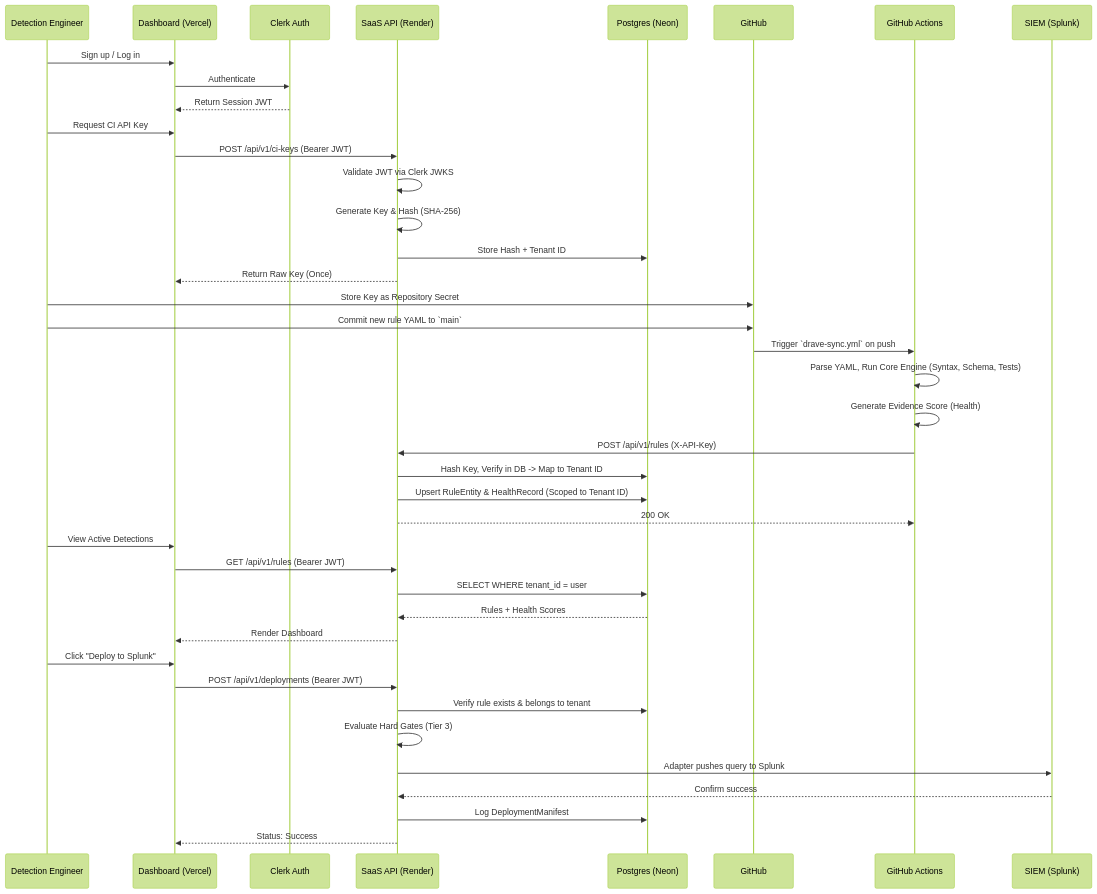
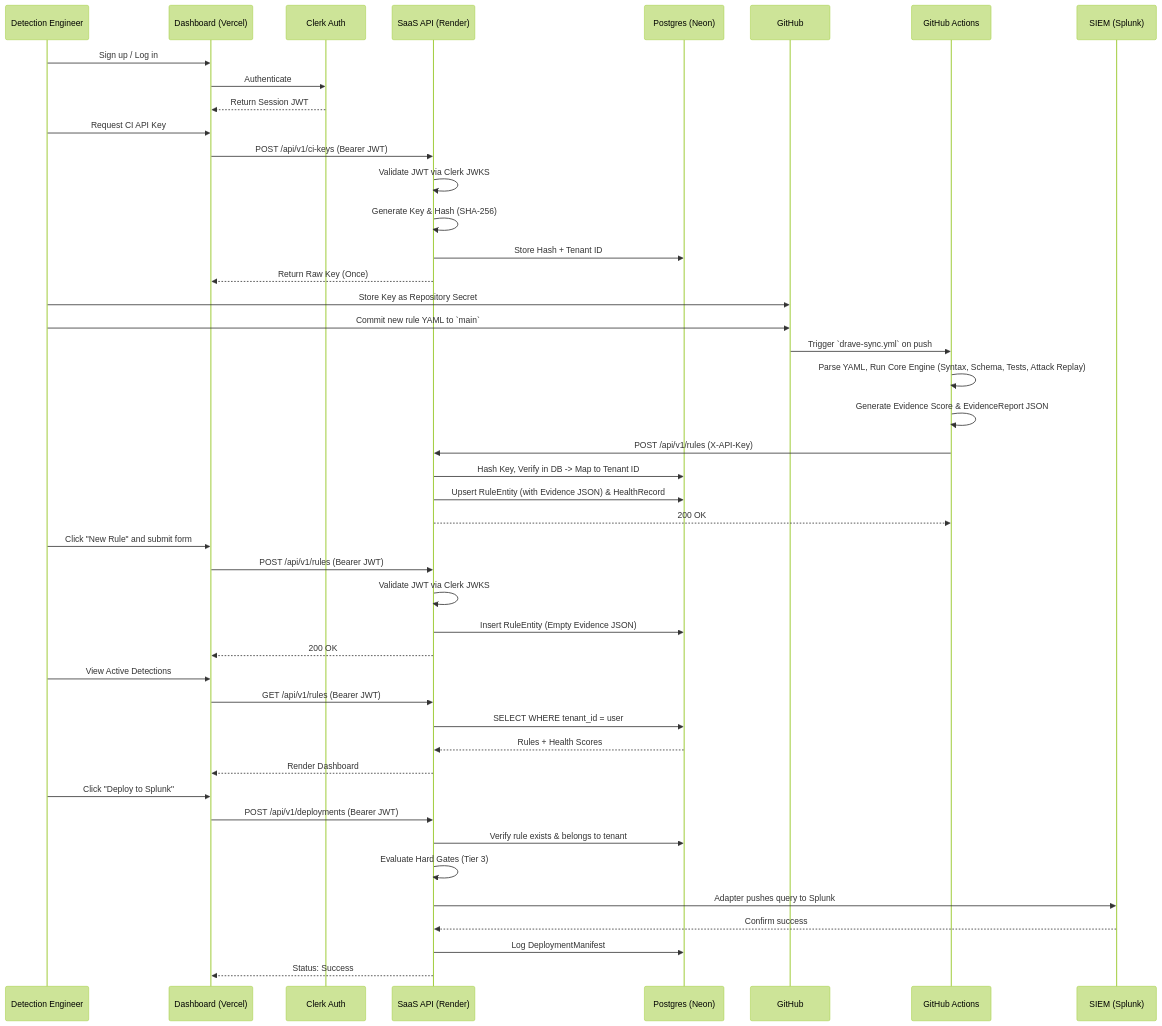
Before and after one commit to Rushi19-04/DRAVE: the third of 6 diagrams in knowledgeBase/ARCHITECTURE.md, drawn with Mermaid (forest theme). The commit also changed 1 other file, not shown here.

Commit message:
docs(kb): comprehensively update architecture and tech stack decisions to match final Phase 2 state

````diff
--- a/knowledgeBase/ARCHITECTURE.md
+++ b/knowledgeBase/ARCHITECTURE.md
@@ -115,51 +115,58 @@
 ```mermaid
 sequenceDiagram
     participant User as Detection Engineer
     participant Frontend as Dashboard (Vercel)
     participant Clerk as Clerk Auth
     participant API as SaaS API (Render)
     participant DB as Postgres (Neon)
     participant Git as GitHub
     participant CI as GitHub Actions
     participant SIEM as SIEM (Splunk)
 
     %% Authentication
     User->>Frontend: Sign up / Log in
     Frontend->>Clerk: Authenticate
     Clerk-->>Frontend: Return Session JWT
     
     %% API Key Generation (One-time setup)
     User->>Frontend: Request CI API Key
     Frontend->>API: POST /api/v1/ci-keys (Bearer JWT)
     API->>API: Validate JWT via Clerk JWKS
     API->>API: Generate Key & Hash (SHA-256)
     API->>DB: Store Hash + Tenant ID
     API-->>Frontend: Return Raw Key (Once)
     User->>Git: Store Key as Repository Secret
     
-    %% Rule Authoring & Sync
+    %% Rule Authoring & Sync (Via CI/CD)
     User->>Git: Commit new rule YAML to `main`
     Git->>CI: Trigger `drave-sync.yml` on push
-    CI->>CI: Parse YAML, Run Core Engine (Syntax, Schema, Tests)
-    CI->>CI: Generate Evidence Score (Health)
+    CI->>CI: Parse YAML, Run Core Engine (Syntax, Schema, Tests, Attack Replay)
+    CI->>CI: Generate Evidence Score & EvidenceReport JSON
     CI->>API: POST /api/v1/rules (X-API-Key)
     API->>DB: Hash Key, Verify in DB -> Map to Tenant ID
-    API->>DB: Upsert RuleEntity & HealthRecord (Scoped to Tenant ID)
+    API->>DB: Upsert RuleEntity (with Evidence JSON) & HealthRecord
     API-->>CI: 200 OK
+    
+    %% Rule Authoring (Via Dashboard UI)
+    User->>Frontend: Click "New Rule" and submit form
+    Frontend->>API: POST /api/v1/rules (Bearer JWT)
+    API->>API: Validate JWT via Clerk JWKS
+    API->>DB: Insert RuleEntity (Empty Evidence JSON)
+    API-->>Frontend: 200 OK
     
     %% Viewing & Deployment
     User->>Frontend: View Active Detections
     Frontend->>API: GET /api/v1/rules (Bearer JWT)
     API->>DB: SELECT WHERE tenant_id = user
     DB-->>API: Rules + Health Scores
     API-->>Frontend: Render Dashboard
     
     User->>Frontend: Click "Deploy to Splunk"
     Frontend->>API: POST /api/v1/deployments (Bearer JWT)
     API->>DB: Verify rule exists & belongs to tenant
     API->>API: Evaluate Hard Gates (Tier 3)
     API->>SIEM: Adapter pushes query to Splunk
     SIEM-->>API: Confirm success
     API->>DB: Log DeploymentManifest
     API-->>Frontend: Status: Success
 ```
````
